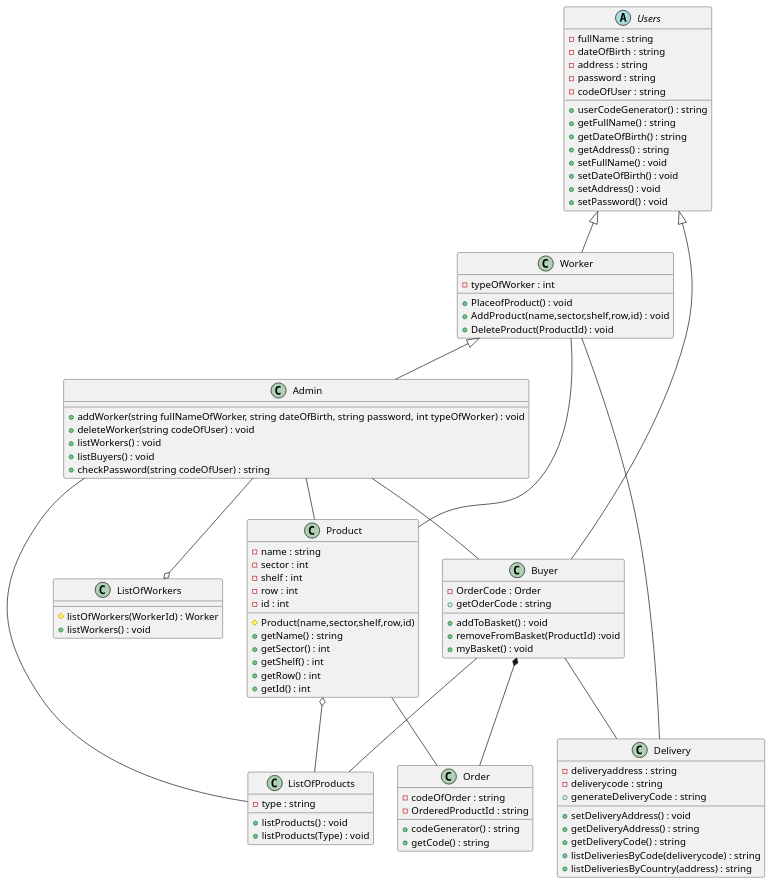
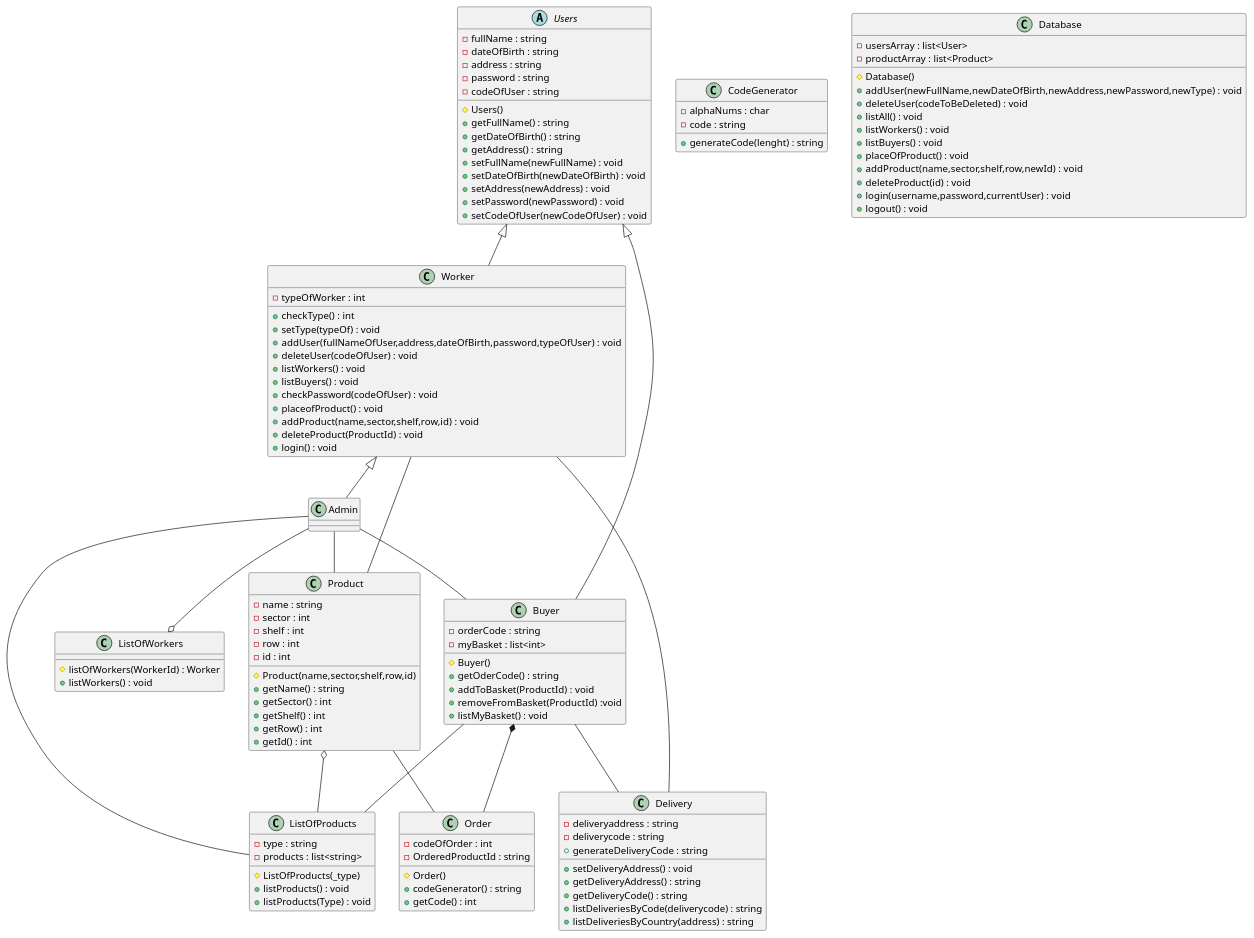
Before and after one commit to Leves01/Szoftvertechnologia: the diagram in classmeghatarozas.wsd, drawn with PlantUML.

```diff
--- a/classmeghatarozas.wsd
+++ b/classmeghatarozas.wsd
@@ -1,125 +1,154 @@
 @startuml Class_meghatarozas
 'Classok a programon belül
 
 abstract class Users {
     -fullName : string
     -dateOfBirth : string
     -address : string
     -password : string
     -codeOfUser : string
-    '4 karakterből álló generátor
-    +userCodeGenerator() : string
+	#Users()
     +getFullName() : string
     +getDateOfBirth() : string
     +getAddress() : string
-    +setFullName() : void
-    +setDateOfBirth() : void
-    +setAddress() : void
-    +setPassword() : void
+    +setFullName(newFullName) : void
+    +setDateOfBirth(newDateOfBirth) : void
+    +setAddress(newAddress) : void
+    +setPassword(newPassword) : void
+	+setCodeOfUser(newCodeOfUser) : void
 
-}
-
-class Admin {
-    +addWorker(string fullNameOfWorker, string dateOfBirth, string password, int typeOfWorker) : void
-    +deleteWorker(string codeOfUser) : void
-    +listWorkers() : void
-    +listBuyers() : void
-    +checkPassword(string codeOfUser) : string
 }
 
 class Worker {
     -typeOfWorker : int
-    +PlaceofProduct() : void
-    +AddProduct(name,sector,shelf,row,id) : void
-    +DeleteProduct(ProductId) : void
+	+checkType() : int
+	+setType(typeOf) : void
+	+addUser(fullNameOfUser,address,dateOfBirth,password,typeOfUser) : void
+    +deleteUser(codeOfUser) : void
+	+listWorkers() : void
+	+listBuyers() : void
+	+checkPassword(codeOfUser) : void
+	+placeofProduct() : void
+    +addProduct(name,sector,shelf,row,id) : void
+    +deleteProduct(ProductId) : void
+	+login() : void
 
 }
 
 class Buyer {
-    -OrderCode : Order
-    +getOderCode : string
-    +addToBasket() : void
+    -orderCode : string
+	-myBasket : list<int>
+	#Buyer()
+    +getOderCode() : string
+    +addToBasket(ProductId) : void
     +removeFromBasket(ProductId) :void
-    +myBasket() : void 
+    +listMyBasket() : void
 
    
 }  
 
 class Product {
     -name : string
     -sector : int
     -shelf : int
     -row : int
     -id : int
     #Product(name,sector,shelf,row,id)
     +getName() : string
     +getSector() : int
     +getShelf() : int
     +getRow() : int 
     +getId() : int
 
 }
 
 class Order {
     'legenerált random kód
-    -codeOfOrder : string
+    -codeOfOrder : int
     -OrderedProductId : string
+	#Order()
     '8 karakterből álló random kód
     +codeGenerator() : string
-    +getCode() : string
+    +getCode() : int
 
 
 }
 
 class ListOfProducts {
     -type : string
+	-products : list<string>
+	#ListOfProducts(_type)
     +listProducts() : void
     +listProducts(Type) : void
 
 }
 
 class ListOfWorkers {
      #listOfWorkers(WorkerId) : Worker
      +listWorkers() : void
  }
 
 class Delivery {
     - deliveryaddress : string
     - deliverycode : string
     +setDeliveryAddress() : void
     +generateDeliveryCode : string
     +getDeliveryAddress() : string
     +getDeliveryCode() : string
     +listDeliveriesByCode(deliverycode) : string
     +listDeliveriesByCountry(address) : string
 
 
 }
+
+class CodeGenerator {
+	-alphaNums : char
+	-code : string
+	+generateCode(lenght) : string
+}
+
+class Database {
+	-usersArray : list<User>
+	-productArray : list<Product>
+	#Database()
+	+addUser(newFullName,newDateOfBirth,newAddress,newPassword,newType) : void
+	+deleteUser(codeToBeDeleted) : void
+	+listAll() : void
+	+listWorkers() : void
+	+listBuyers() : void
+	+placeOfProduct() : void
+	+addProduct(name,sector,shelf,row,newId) : void
+	+deleteProduct(id) : void
+	+login(username,password,currentUser) : void
+	+logout() : void
+}
+
+
 
 ' Kapcsolodasok a classok kozott
 
 
 Users <|-- Worker
 Users <|-- Buyer
 Worker <|-- Admin
 
 'Admin -- Worker
 Admin -- Buyer
 Admin -- Product
 Admin -- ListOfProducts
 Admin --o ListOfWorkers
 
 Product o-- ListOfProducts
 
 
 Buyer -- ListOfProducts
 Buyer *-- Order
 Buyer -- Delivery
 
 
 Product -- Order
 
 Worker -- Delivery
 
 Worker -- Product
 @enduml
```
